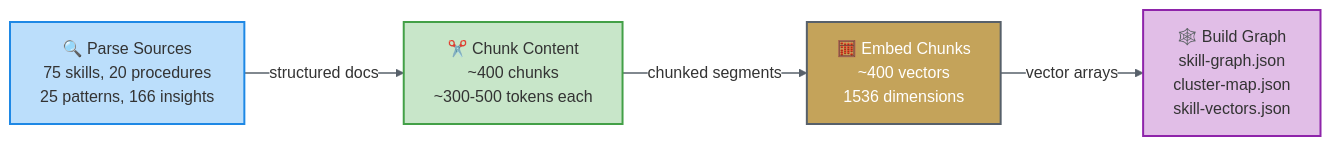
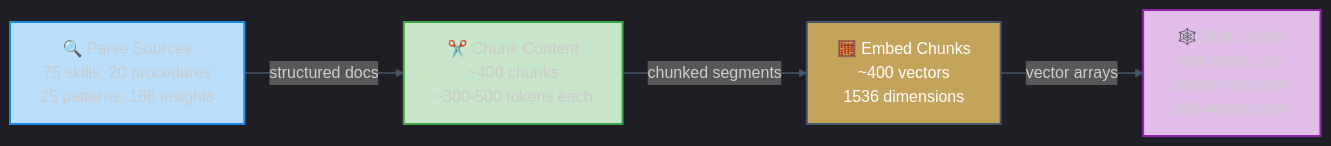
One commit to fabioc-aloha/Alex_Plug_In changed the fourth of 11 diagrams in alex_docs/architecture/SEMANTIC-SKILL-GRAPH.md. Above: the diagram before and after it, drawn with Mermaid. The commit also changed other lines of this file and 13 other files, not shown here.

Commit message:
brand(M4.8-4.10): mermaid theme snippet + inject CorreaX theme into arch diagrams + standardize badge colors

````diff
--- a/alex_docs/architecture/SEMANTIC-SKILL-GRAPH.md
+++ b/alex_docs/architecture/SEMANTIC-SKILL-GRAPH.md
@@ -232,18 +233,18 @@
 ```mermaid
-%%{init: {'theme': 'base', 'themeVariables': { 'edgeLabelBackground':'#ffffff', 'lineColor': '#57606a' }}}%%
+%%{init: {'theme': 'dark', 'themeVariables': {'background': '#0f172a', 'primaryColor': '#1e293b', 'primaryTextColor': '#f1f5f9', 'primaryBorderColor': '#818cf8', 'lineColor': '#475569', 'secondaryColor': '#1e293b', 'secondaryBorderColor': '#2dd4bf', 'tertiaryColor': '#1e293b', 'fontFamily': 'Segoe UI, system-ui, sans-serif'}}}%%
 flowchart LR
     P["🔍 Parse Sources<br/>75 skills, 20 procedures<br/>25 patterns, 166 insights"]
     C["✂️ Chunk Content<br/>~400 chunks<br/>~300-500 tokens each"]
     E["🧮 Embed Chunks<br/>~400 vectors<br/>1536 dimensions"]
     B["🕸️ Build Graph<br/>skill-graph.json<br/>cluster-map.json<br/>skill-vectors.json"]
 
     P -->|structured docs| C
     C -->|chunked segments| E
     E -->|vector arrays| B
 
     style P fill:#bbdefb,stroke:#1e88e5,stroke-width:2px
     style C fill:#c8e6c9,stroke:#43a047,stroke-width:2px
-    style E fill:#c4a35a,stroke:#57606a,color:#fff,stroke-width:2px
+    style E fill:#c4a35a,stroke:#475569,color:#fff,stroke-width:2px
     style B fill:#e1bee7,stroke:#8e24aa,stroke-width:2px
-    linkStyle default stroke:#57606a,stroke-width:1.5px
+    linkStyle default stroke:#475569,stroke-width:1.5px
 ```
````
